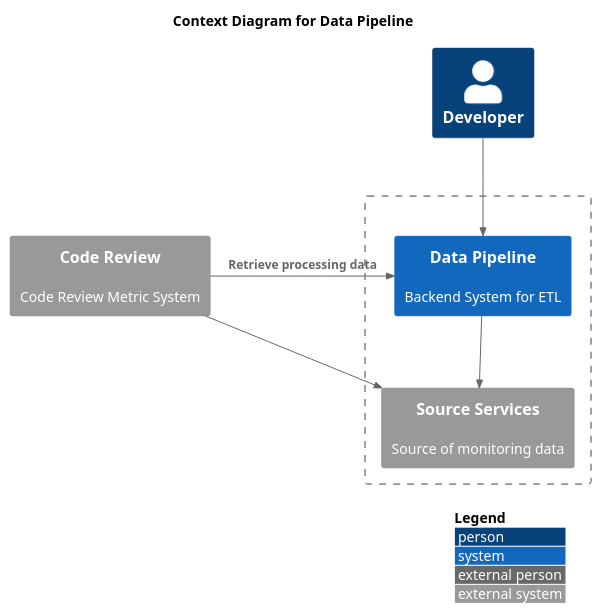
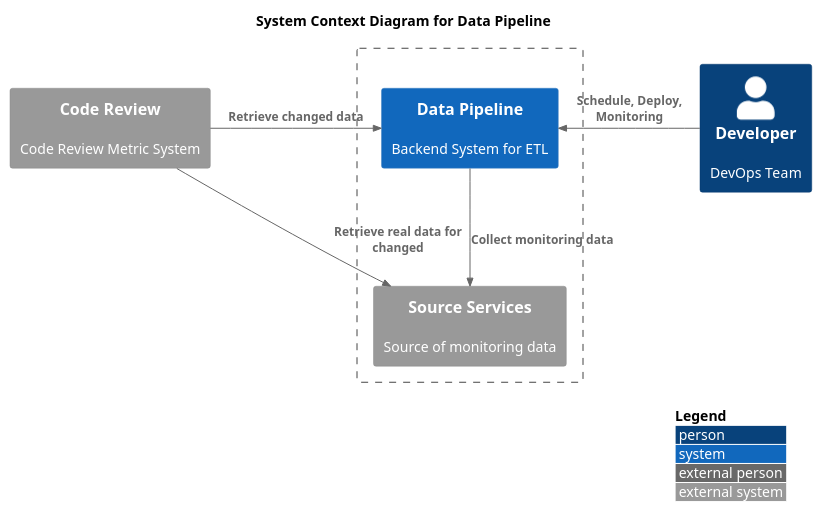
The diagram in _diary/2024-06-19.md (yanghoon/obsidian-workspace), drawn with PlantUML before and after one commit.

Commit message:
vault backup: 2024-06-19 22:35:12

````diff
--- a/_diary/2024-06-19.md
+++ b/_diary/2024-06-19.md
@@ -3,20 +3,20 @@
 ```plantuml
 !include <C4/C4_Context.puml>
 
 LAYOUT_TOP_DOWN()
 LAYOUT_WITH_LEGEND()
 
-title Context Diagram for Data Pipeline
+title System Context Diagram for Data Pipeline
 
 System_Ext(review, "Code Review", "Code Review Metric System")
 Boundary(system, "") {
 	System_Ext(service, "Source Services", "Source of monitoring data")
 	System(app, "Data Pipeline", "Backend System for ETL")
 }
-Person(developer, "Developer", "")
+Person(developer, "Developer", "DevOps Team")
 
-Rel_Right(review, app, "Retrieve processing data")
-Rel_Right(review, service, "")
-Rel(app, service, "")
-Rel(developer, app, "")
+Rel_Right(review, app, "Retrieve changed data")
+Rel_Right(review, service, "Retrieve real data for changed")
+Rel_Left(developer, app, "Schedule, Deploy, Monitoring")
+Rel_Down(app, service, "Collect monitoring data")
 ```
````
